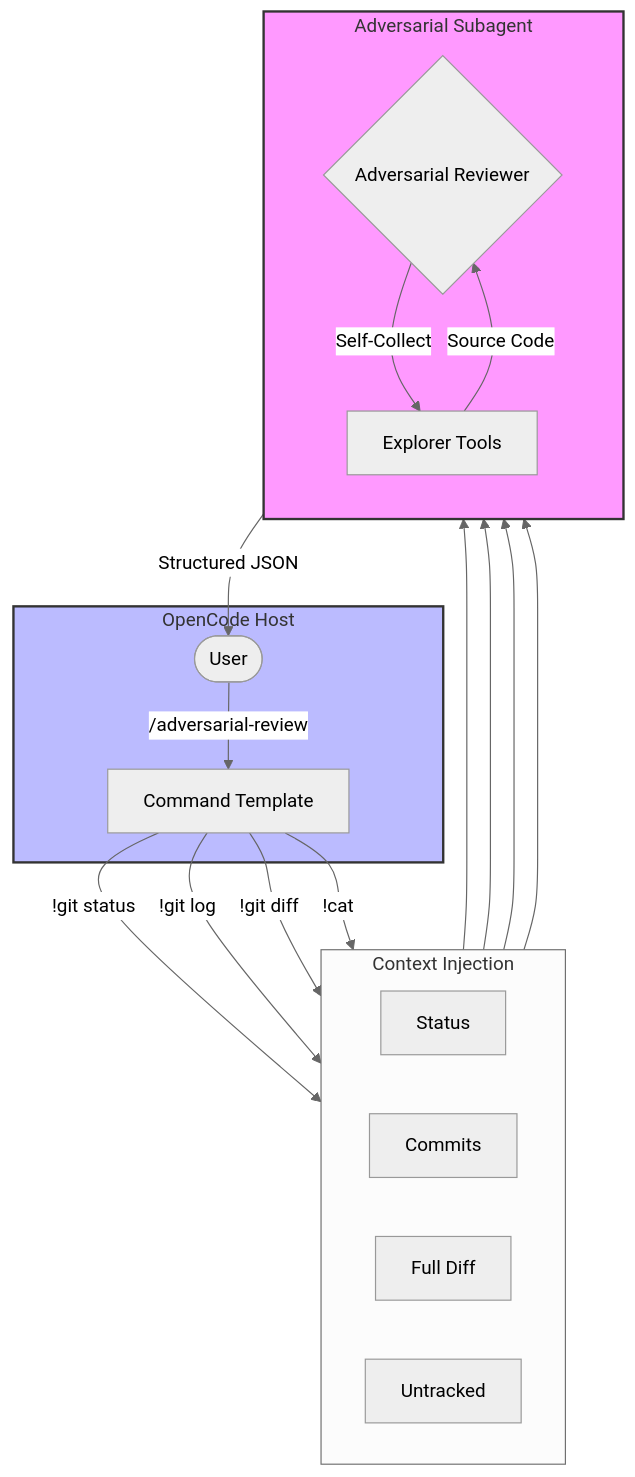
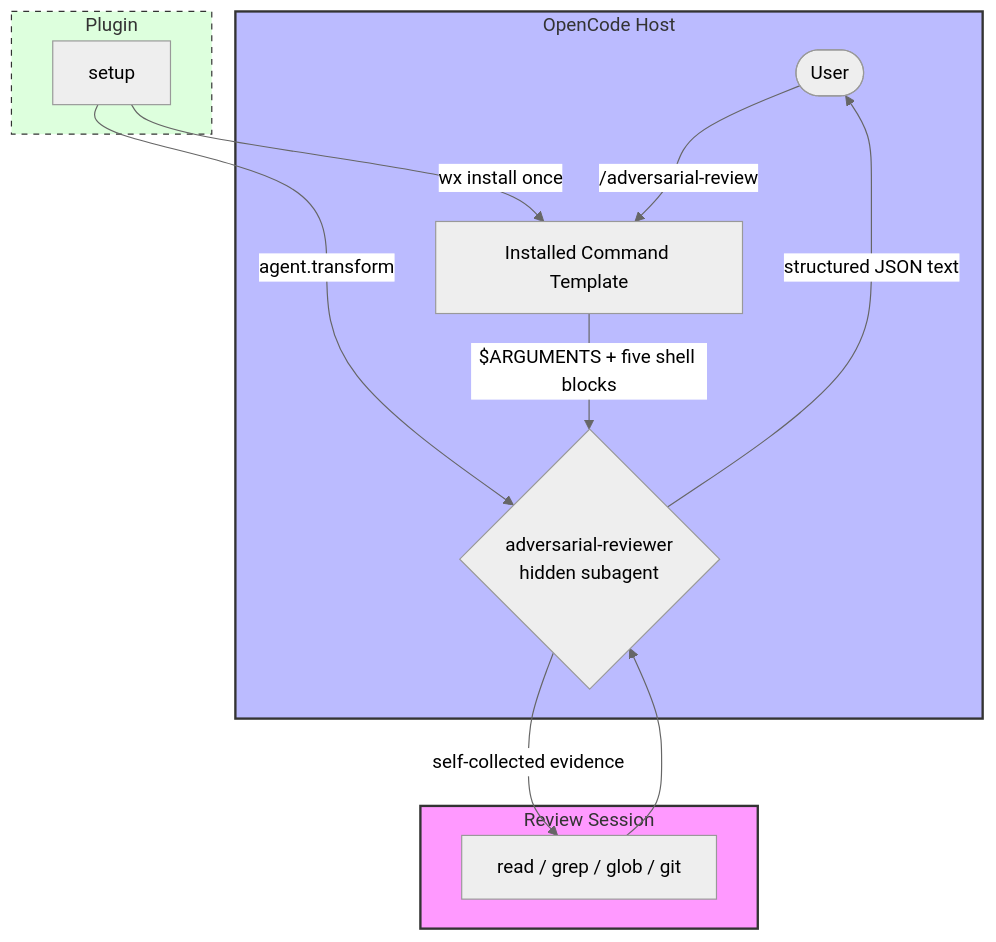
Before and after one commit to capyBearista/opencode-plugins: the diagram in packages/opencode-adversarial-review/README.md, drawn with Mermaid (neutral theme). The commit also changed other lines of this file and 12 other files, not shown here.

First line of the commit message:
feat(adversarial-review): re-orient to agent-in-plugin with auto-installed host command

````diff
--- a/packages/opencode-adversarial-review/README.md
+++ b/packages/opencode-adversarial-review/README.md
@@ -23,33 +29,26 @@
 ```mermaid
 graph TB
     subgraph Host [OpenCode Host]
-        User([User]) -->|/adversarial-review| Command[Command Template]
+        User([User]) -->|/adversarial-review| Command[Installed Command Template]
+        Command -->|"$ARGUMENTS + five shell blocks"| Reviewer
     end
 
-    subgraph Injection [Context Injection]
-        direction LR
-        Command -->|!git status| S[Status]
-        Command -->|!git log| L[Commits]
-        Command -->|!git diff| D[Full Diff]
-        Command -->|!cat| U[Untracked]
+    subgraph Plugin [Plugin]
+        Setup[setup] -->|agent.transform| Reviewer{adversarial-reviewer<br/>hidden subagent}
+        Setup -->|"wx install once"| Command
     end
 
-    subgraph Adversary [Adversarial Subagent]
-        direction TB
-        Reviewer{Adversarial Reviewer}
-        S & L & D & U --> Reviewer
-        
-        Reviewer -->|Self-Collect| Tools[Explorer Tools]
-        Tools -->|Source Code| Reviewer
+    subgraph Review [Review Session]
+        Reviewer -->|self-collected evidence| Tools[read / grep / glob / git]
+        Tools --> Reviewer
+        Reviewer -->|structured JSON text| User
     end
 
-    Reviewer -->|Structured JSON| User
+    classDef host fill:#bbf,stroke:#333,stroke-width:2px;
+    classDef plugin fill:#dfd,stroke:#333,stroke-width:1px,stroke-dasharray: 5 5;
+    classDef adversary fill:#f9f,stroke:#333,stroke-width:2px;
 
-    classDef host fill:#bbf,stroke:#333,stroke-width:2px;
-    classDef collection fill:#dfd,stroke:#333,stroke-width:1px,stroke-dasharray: 5 5;
-    classDef adversary fill:#f9f,stroke:#333,stroke-width:2px;
-    
     class Host host;
-    class Collection collection;
-    class Adversary adversary;
+    class Plugin plugin;
+    class Review adversary;
 ```
````
